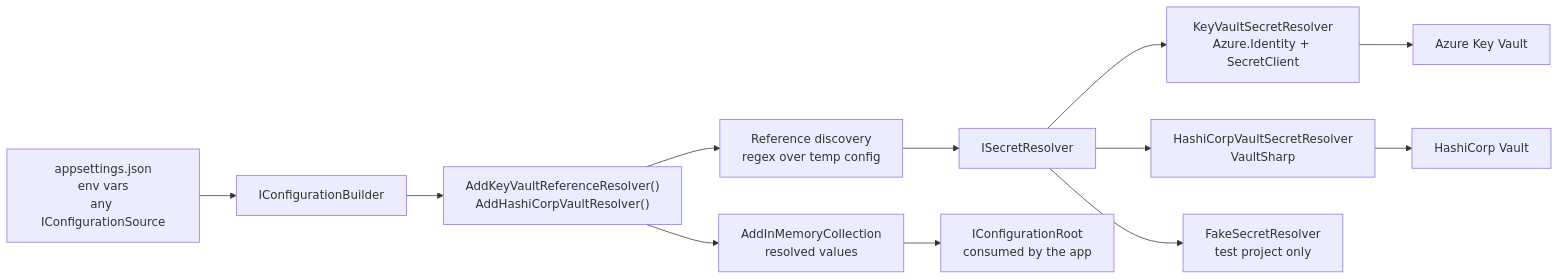
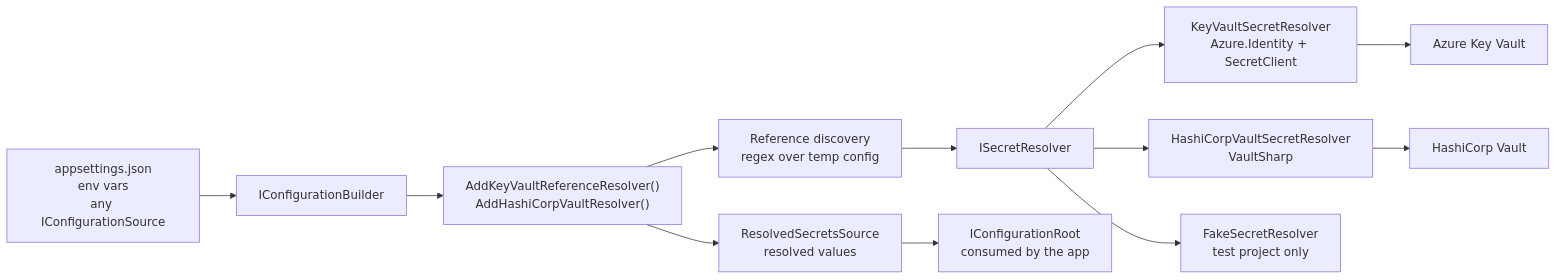
One commit to gijswalraven/KeyVaultReferenceResolver changed the diagram in docs/Architecture/Architecture-Overview.md. Above: the diagram before and after it, drawn with Mermaid. The commit also changed other lines of this file and 9 other files, not shown here.

````diff
--- a/docs/Architecture/Architecture-Overview.md
+++ b/docs/Architecture/Architecture-Overview.md
@@ -15,14 +15,14 @@
 ```mermaid
 graph LR
     A["appsettings.json<br/>env vars<br/>any IConfigurationSource"] --> B["IConfigurationBuilder"]
     B --> C["AddKeyVaultReferenceResolver()<br/>AddHashiCorpVaultResolver()"]
     C --> D["Reference discovery<br/>regex over temp config"]
     D --> E["ISecretResolver"]
     E --> F["KeyVaultSecretResolver<br/>Azure.Identity + SecretClient"]
     E --> G["HashiCorpVaultSecretResolver<br/>VaultSharp"]
     E --> H["FakeSecretResolver<br/>test project only"]
     F --> I["Azure Key Vault"]
     G --> J["HashiCorp Vault"]
-    C --> K["AddInMemoryCollection<br/>resolved values"]
+    C --> K["ResolvedSecretsSource<br/>resolved values"]
     K --> L["IConfigurationRoot<br/>consumed by the app"]
 ```
````
